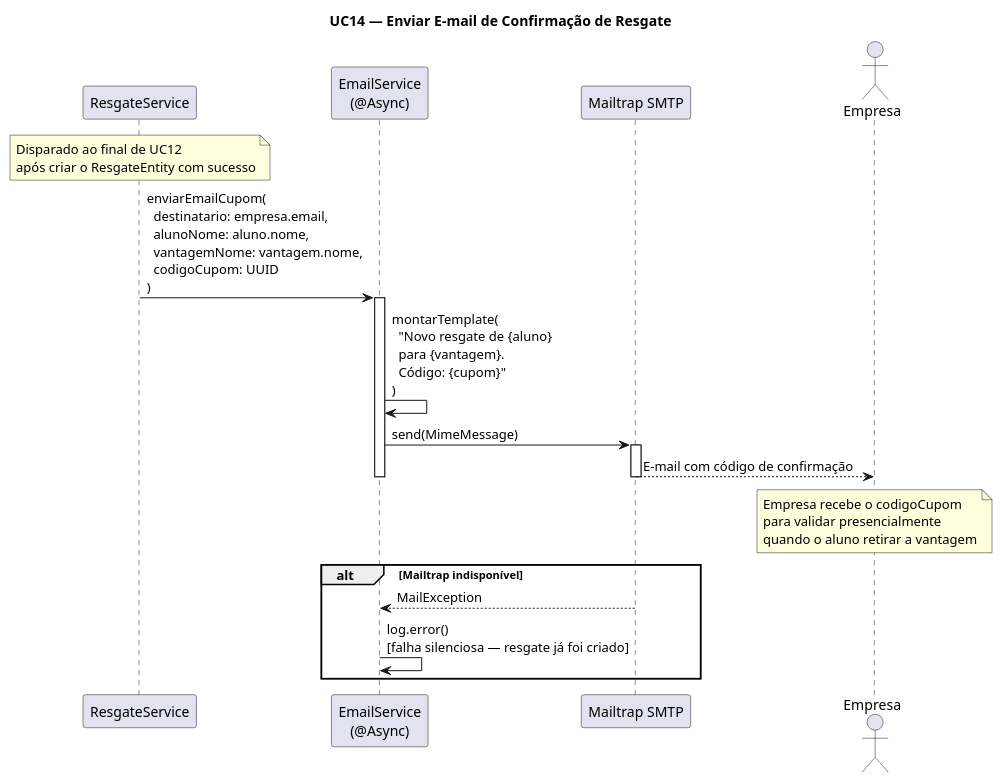
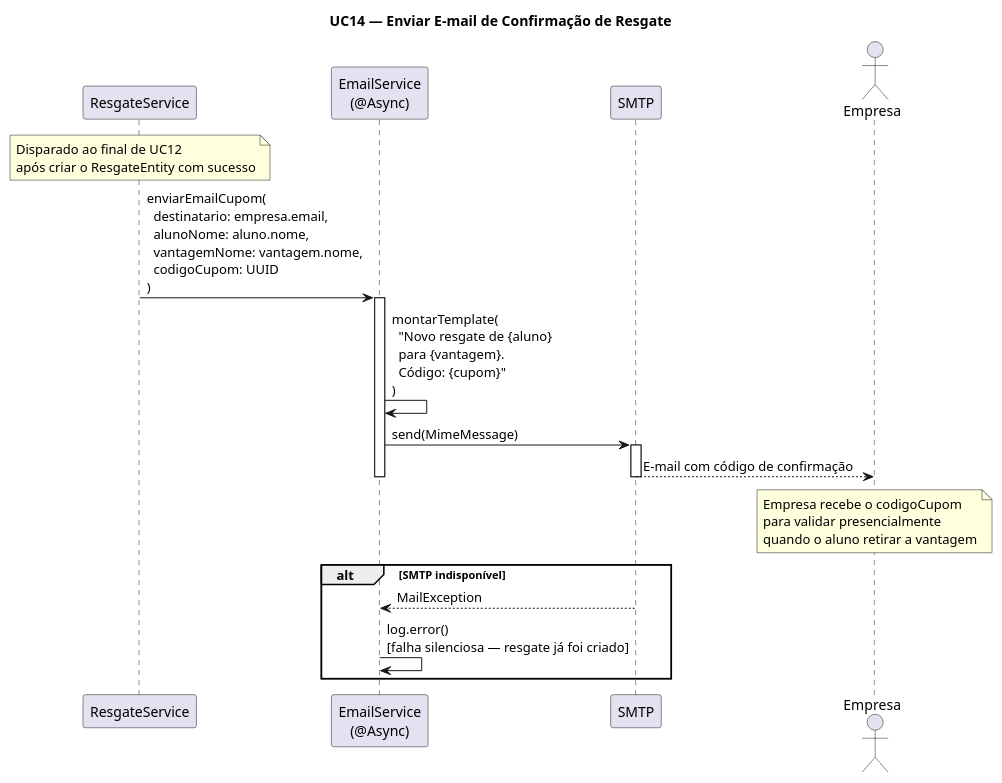
Before and after one commit to bernardogomes25/braincoins: diagram 14 of 19 in docs/diagramas_sequencia/README.md, drawn with PlantUML. The commit also changed other lines of this file and 15 other files, not shown here.

````diff
--- a/docs/diagramas_sequencia/README.md
+++ b/docs/diagramas_sequencia/README.md
@@ -687,30 +687,30 @@
 ```plantuml
 @startuml UC14 - Enviar Email Confirmacao Resgate
 title UC14 — Enviar E-mail de Confirmação de Resgate
 
 participant "ResgateService" as RS
 participant "EmailService\n(@Async)" as ES
-participant "Mailtrap SMTP" as SMTP
+participant "SMTP" as SMTP
 actor "Empresa" as E
 
 note over RS: Disparado ao final de UC12\napós criar o ResgateEntity com sucesso
 
 RS -> ES: enviarEmailCupom(\n  destinatario: empresa.email,\n  alunoNome: aluno.nome,\n  vantagemNome: vantagem.nome,\n  codigoCupom: UUID\n)
 activate ES
 
 ES -> ES: montarTemplate(\n  "Novo resgate de {aluno}\n  para {vantagem}.\n  Código: {cupom}"\n)
 
 ES -> SMTP: send(MimeMessage)
 activate SMTP
 SMTP --> E: E-mail com código de confirmação
 deactivate SMTP
 deactivate ES
 
 note over E: Empresa recebe o codigoCupom\npara validar presencialmente\nquando o aluno retirar a vantagem
 
-alt Mailtrap indisponível
+alt SMTP indisponível
     SMTP --> ES: MailException
     ES -> ES: log.error()\n[falha silenciosa — resgate já foi criado]
 end
 @enduml
 ```
````
